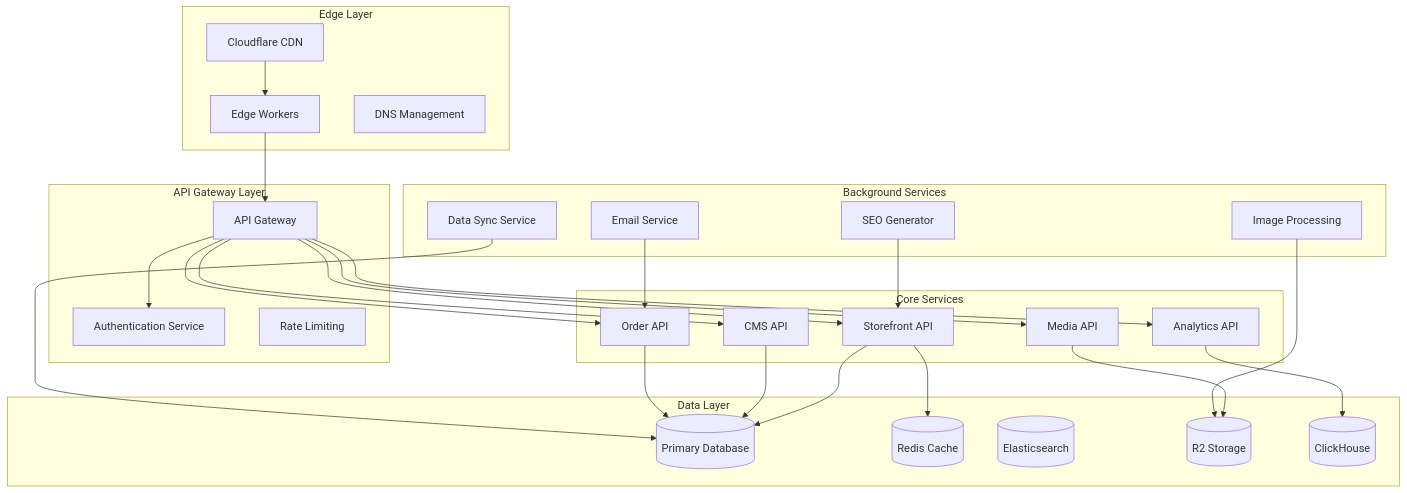
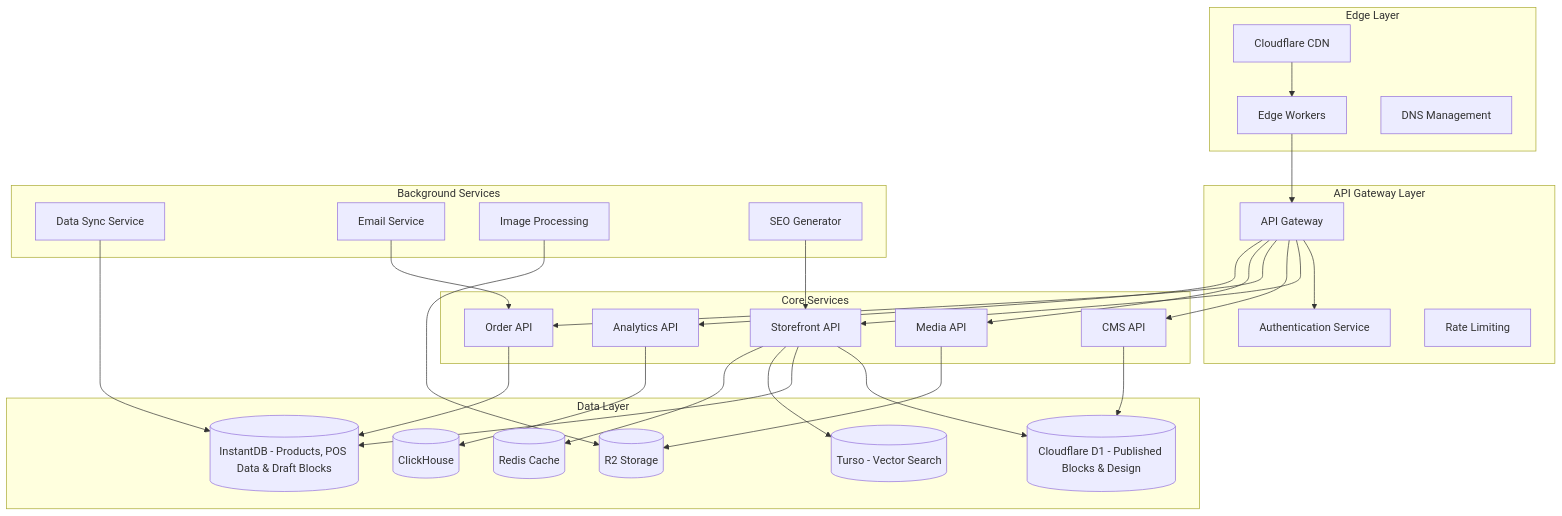
One commit to thamizhaiorg/tar changed the first of 4 diagrams in .kiro/specs/cms-storefront-system/design.md. Above: the diagram before and after it, drawn with Mermaid. The commit also changed other lines of this file and 2 other files, not shown here.

Commit message:
storefront plan

````diff
--- a/.kiro/specs/cms-storefront-system/design.md
+++ b/.kiro/specs/cms-storefront-system/design.md
@@ -11,58 +57,61 @@
 ```mermaid
 graph TB
     subgraph "Edge Layer"
         CDN[Cloudflare CDN]
         Edge[Edge Workers]
         DNS[DNS Management]
     end
     
     subgraph "API Gateway Layer"
         Gateway[API Gateway]
         Auth[Authentication Service]
         RateLimit[Rate Limiting]
     end
     
     subgraph "Core Services"
         StorefrontAPI[Storefront API]
         CMSAPI[CMS API]
         OrderAPI[Order API]
         MediaAPI[Media API]
         AnalyticsAPI[Analytics API]
     end
     
     subgraph "Data Layer"
-        PrimaryDB[(Primary Database)]
+        D1DB[(Cloudflare D1 - Published Blocks & Design)]
+        InstantDB[(InstantDB - Products, POS Data & Draft Blocks)]
+        TursoDB[(Turso - Vector Search)]
         CacheDB[(Redis Cache)]
-        SearchDB[(Elasticsearch)]
         MediaStorage[(R2 Storage)]
         AnalyticsDB[(ClickHouse)]
     end
     
     subgraph "Background Services"
         SyncService[Data Sync Service]
         EmailService[Email Service]
         ImageProcessor[Image Processing]
         SEOService[SEO Generator]
     end
     
     CDN --> Edge
     Edge --> Gateway
     Gateway --> Auth
     Gateway --> StorefrontAPI
     Gateway --> CMSAPI
     Gateway --> OrderAPI
     Gateway --> MediaAPI
     Gateway --> AnalyticsAPI
     
-    StorefrontAPI --> PrimaryDB
+    StorefrontAPI --> D1DB
+    StorefrontAPI --> InstantDB
+    StorefrontAPI --> TursoDB
     StorefrontAPI --> CacheDB
-    CMSAPI --> PrimaryDB
-    OrderAPI --> PrimaryDB
+    CMSAPI --> D1DB
+    OrderAPI --> InstantDB
     MediaAPI --> MediaStorage
     AnalyticsAPI --> AnalyticsDB
     
-    SyncService --> PrimaryDB
+    SyncService --> InstantDB
     EmailService --> OrderAPI
     ImageProcessor --> MediaStorage
     SEOService --> StorefrontAPI
 ```
````
